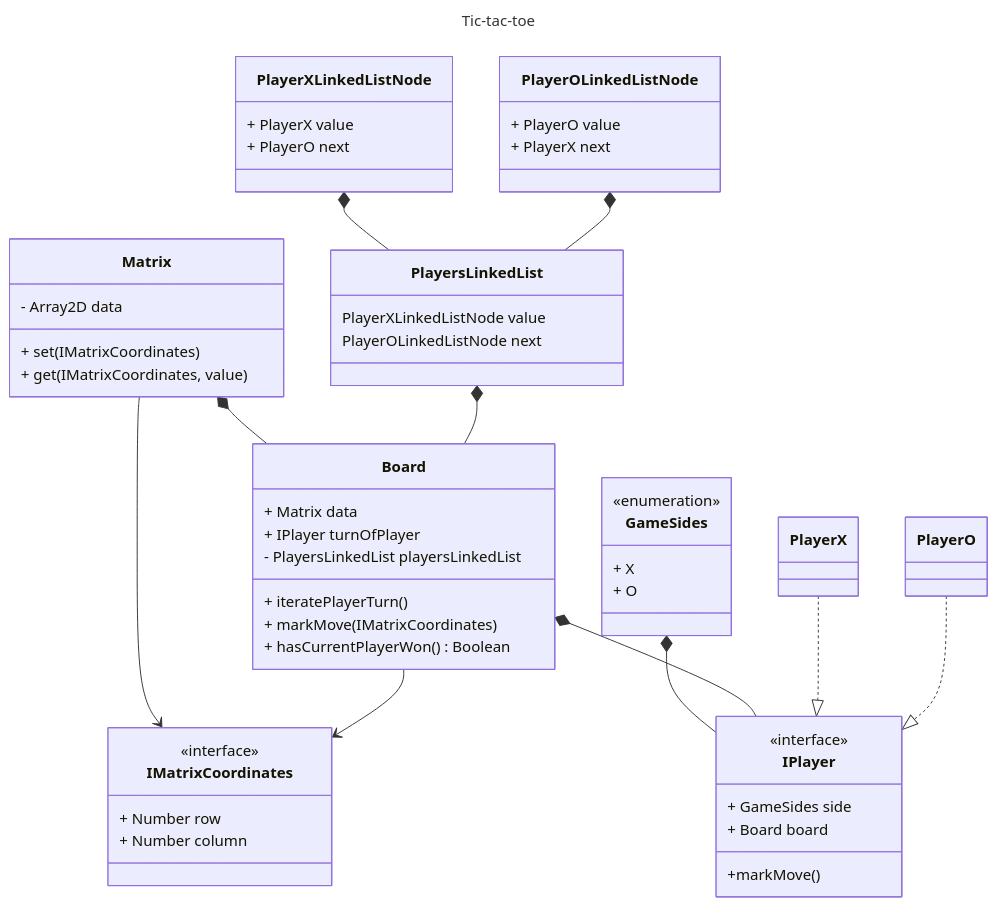
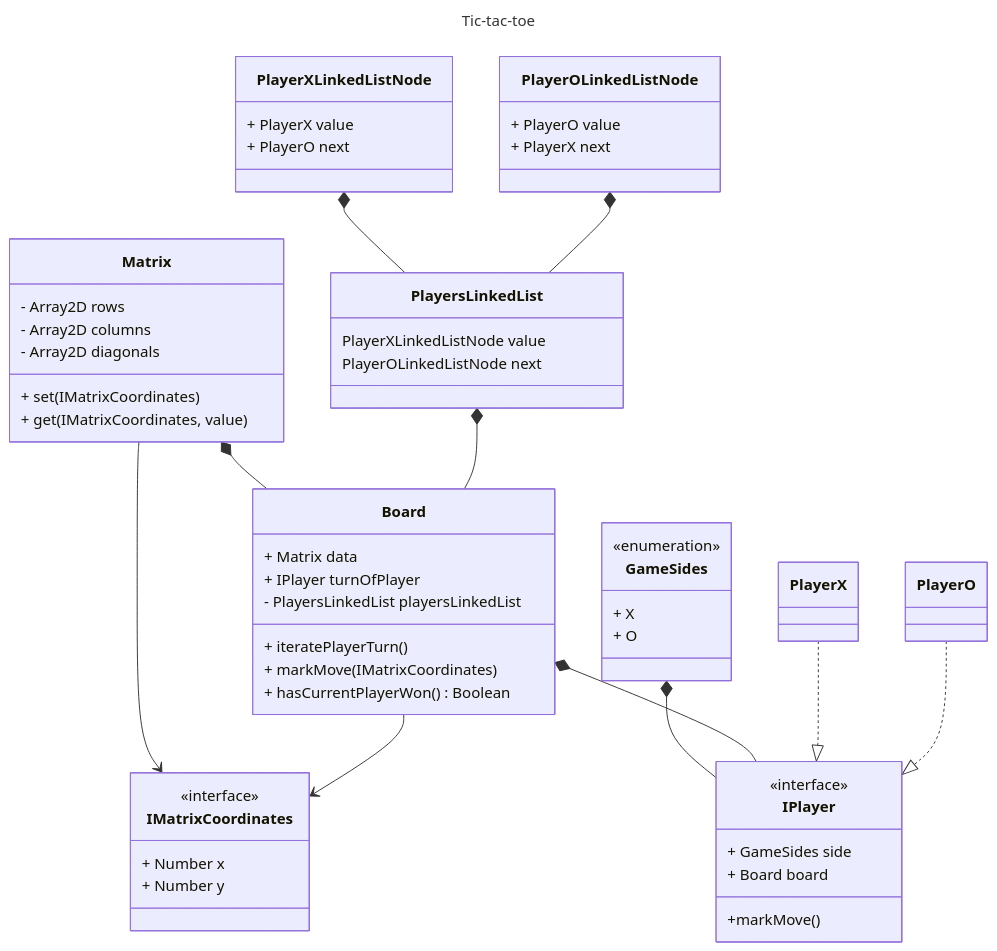
The diagram in README.md (Zadrick/tic-tac-toe), drawn with Mermaid before and after one commit. The commit also changed 10 other files, not shown here.

````diff
--- a/README.md
+++ b/README.md
@@ -3,79 +3,81 @@
 ```mermaid
 ---
 title: Tic-tac-toe
 ---
 
 	classDiagram
     class IMatrixCoordinates {
         <<interface>>
 
-        + Number row
-        + Number column
+        + Number x
+        + Number y
     }
 
     Matrix --> IMatrixCoordinates
     class Matrix {
-        - Array2D data
+        - Array2D rows
+        - Array2D columns
+        - Array2D diagonals
 
         + set(IMatrixCoordinates)
         + get(IMatrixCoordinates, value)
     }
 
     class PlayerXLinkedListNode {
         + PlayerX value
         + PlayerO next
     }
 
     class PlayerOLinkedListNode {
         + PlayerO value
         + PlayerX next
     }
 
     PlayerXLinkedListNode *-- PlayersLinkedList
     PlayerOLinkedListNode *-- PlayersLinkedList
     class PlayersLinkedList {
         PlayerXLinkedListNode value
         PlayerOLinkedListNode next
     }
 
     Matrix *-- Board
     Board --> IMatrixCoordinates
     PlayersLinkedList *-- Board
     class Board {
         + Matrix data
         + IPlayer turnOfPlayer
         - PlayersLinkedList playersLinkedList
 
         + iteratePlayerTurn()
         + markMove(IMatrixCoordinates)
         + hasCurrentPlayerWon() Boolean
     }
 
     class GameSides {
         <<enumeration>>
         + X
         + O
     }
 
     GameSides *-- IPlayer
     Board *-- IPlayer
 
     class IPlayer {
         <<interface>>
         + GameSides side
         + Board board
 
         +markMove()
     }
 
     PlayerX ..|> IPlayer
     class PlayerX {
 
     }
 
     PlayerO ..|> IPlayer
     class PlayerX {
         
     }
 
 ```
````
